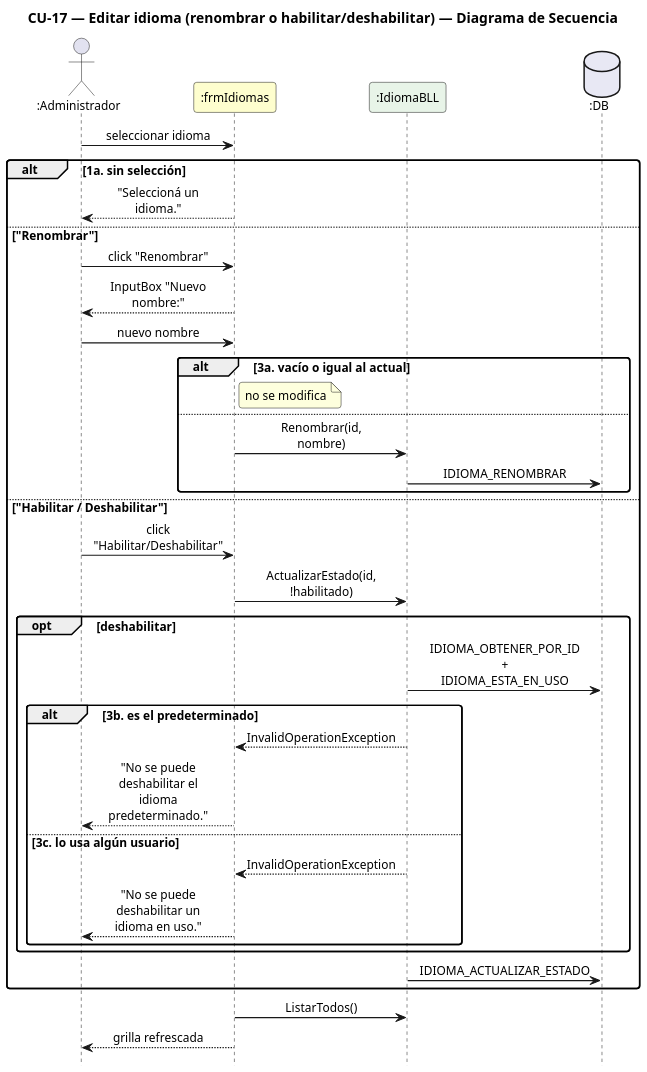
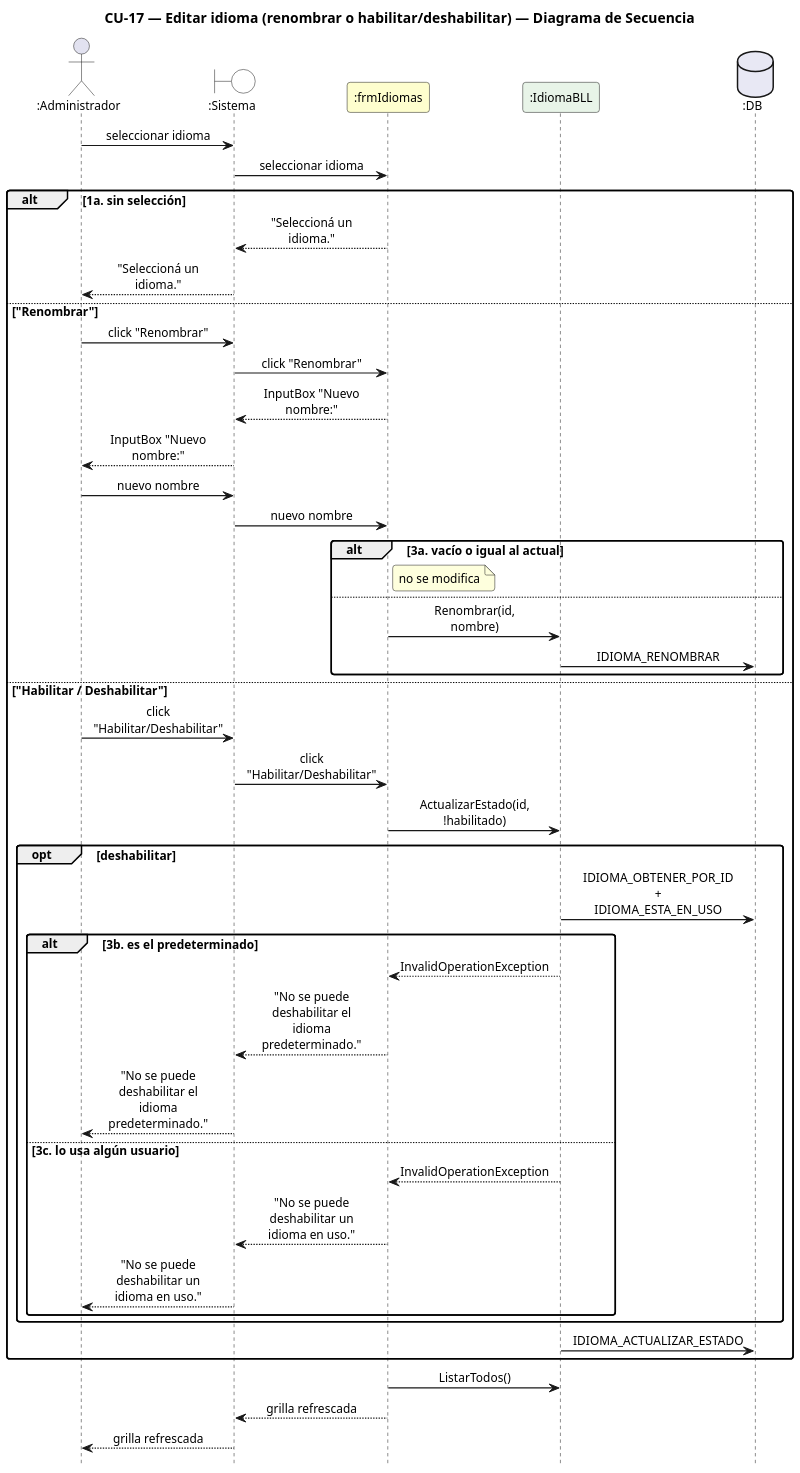
Before and after one commit to Urrels/ingenieria_software: the diagram in DIAGRAMAS/DiagramaSecuencia_CU17_EditarIdioma.puml, drawn with PlantUML. The commit also changed 78 other files, not shown here.

First line of the commit message:
Diagramas de secuencia: carril :Sistema entre el actor y las clases

```diff
--- a/DIAGRAMAS/DiagramaSecuencia_CU17_EditarIdioma.puml
+++ b/DIAGRAMAS/DiagramaSecuencia_CU17_EditarIdioma.puml
@@ -1,52 +1,62 @@
 @startuml DiagramaSecuencia_CU17_EditarIdioma
 
 title CU-17 — Editar idioma (renombrar o habilitar/deshabilitar) — Diagrama de Secuencia
 
 skinparam shadowing false
 skinparam roundcorner 6
 skinparam sequenceArrowThickness 1.2
 skinparam ParticipantPadding 6
 skinparam BoxPadding 4
 skinparam maxMessageSize 115
 skinparam sequenceMessageAlign center
 skinparam defaultFontSize 12
 skinparam dpi 140
 hide footbox
 
 actor ":Administrador" as A
+boundary ":Sistema" as SYS #FFFFFF
 participant ":frmIdiomas" as F #FEFECE
 participant ":IdiomaBLL" as IB #E8F4E8
 database ":DB" as DB #E8E8F4
 
-A -> F : seleccionar idioma
+A -> SYS : seleccionar idioma
+SYS -> F : seleccionar idioma
 alt 1a. sin selección
-  F --> A : "Seleccioná un idioma."
+  F --> SYS : "Seleccioná un idioma."
+  SYS --> A : "Seleccioná un idioma."
 else "Renombrar"
-  A -> F : click "Renombrar"
-  F --> A : InputBox "Nuevo nombre:"
-  A -> F : nuevo nombre
+  A -> SYS : click "Renombrar"
+  SYS -> F : click "Renombrar"
+  F --> SYS : InputBox "Nuevo nombre:"
+  SYS --> A : InputBox "Nuevo nombre:"
+  A -> SYS : nuevo nombre
+  SYS -> F : nuevo nombre
   alt 3a. vacío o igual al actual
     note right of F : no se modifica
   else
     F -> IB : Renombrar(id, nombre)
     IB -> DB : IDIOMA_RENOMBRAR
   end
 else "Habilitar / Deshabilitar"
-  A -> F : click "Habilitar/Deshabilitar"
+  A -> SYS : click "Habilitar/Deshabilitar"
+  SYS -> F : click "Habilitar/Deshabilitar"
   F -> IB : ActualizarEstado(id, !habilitado)
   opt deshabilitar
     IB -> DB : IDIOMA_OBTENER_POR_ID + IDIOMA_ESTA_EN_USO
     alt 3b. es el predeterminado
       IB --> F : InvalidOperationException
-      F --> A : "No se puede deshabilitar el idioma predeterminado."
+      F --> SYS : "No se puede deshabilitar el idioma predeterminado."
+      SYS --> A : "No se puede deshabilitar el idioma predeterminado."
     else 3c. lo usa algún usuario
       IB --> F : InvalidOperationException
-      F --> A : "No se puede deshabilitar un idioma en uso."
+      F --> SYS : "No se puede deshabilitar un idioma en uso."
+      SYS --> A : "No se puede deshabilitar un idioma en uso."
     end
   end
   IB -> DB : IDIOMA_ACTUALIZAR_ESTADO
 end
 F -> IB : ListarTodos()
-F --> A : grilla refrescada
+F --> SYS : grilla refrescada
+SYS --> A : grilla refrescada
 
 @enduml
```
